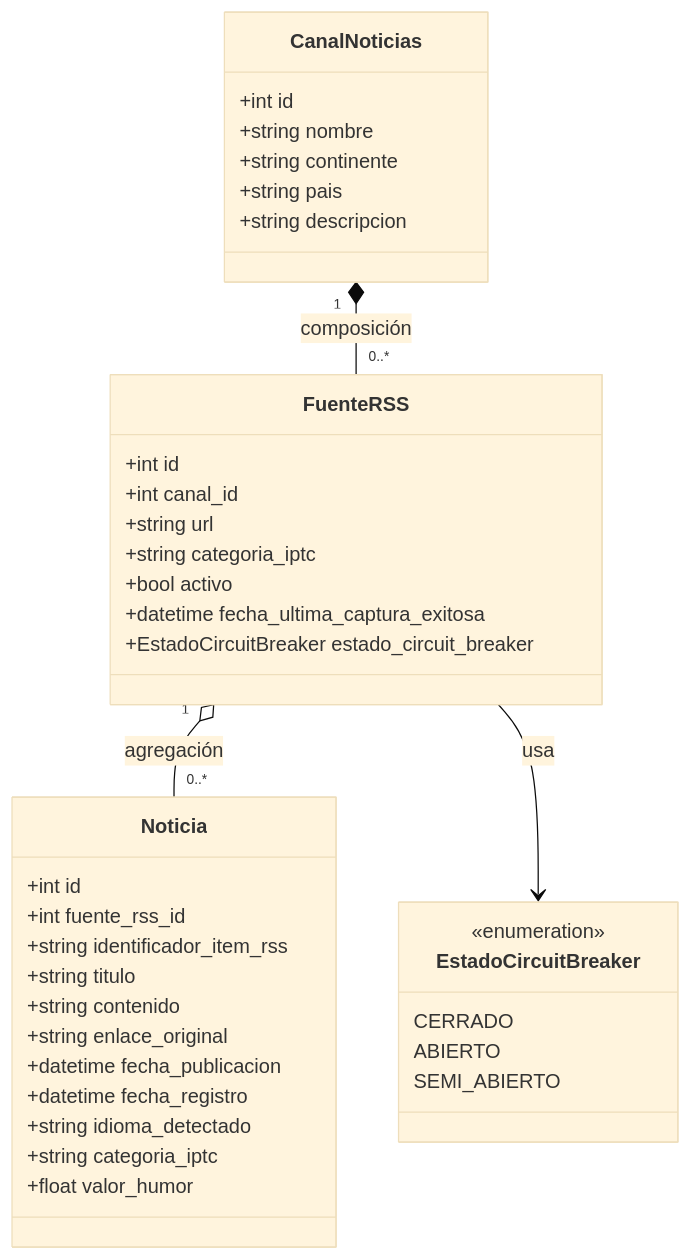
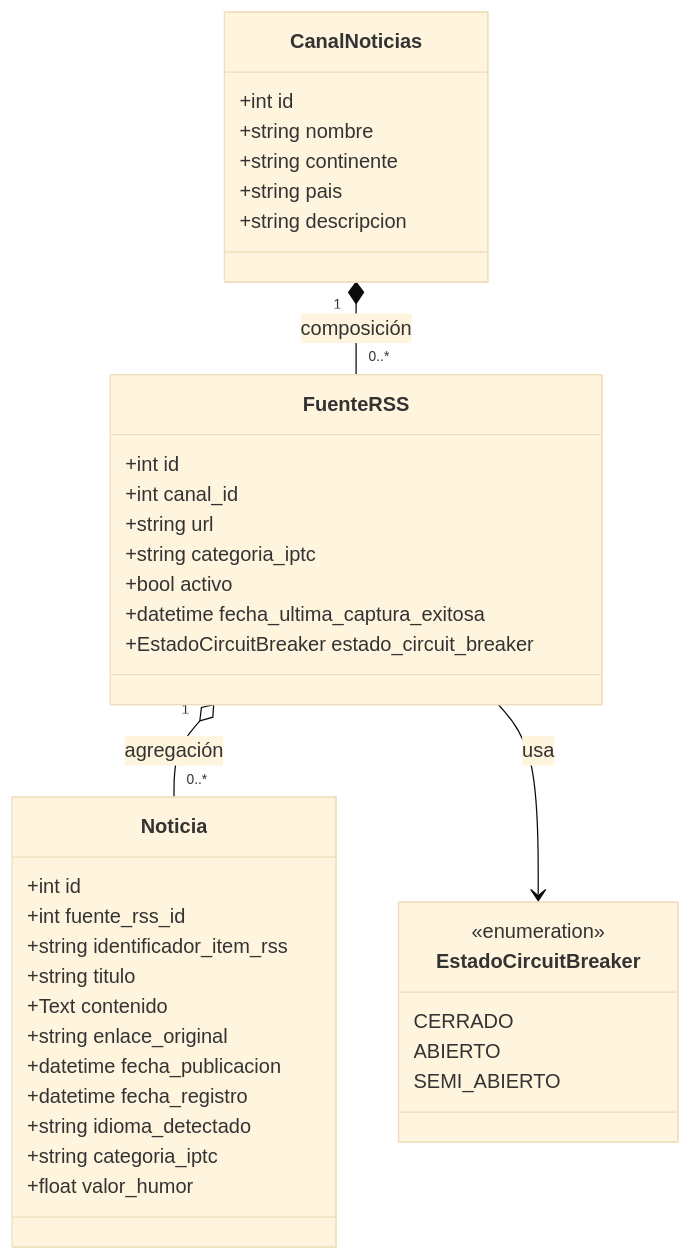
Before and after one commit to Lin0u/Equipo3-Humworld: the diagram in docs/UML/diagrama-clases.md, drawn with Mermaid (base theme). The commit also changed other lines of this file and 2 other files, not shown here.

Commit message:
uml detalles

````diff
--- a/docs/UML/diagrama-clases.md
+++ b/docs/UML/diagrama-clases.md
@@ -9,45 +9,45 @@
 ```mermaid
 classDiagram
     class CanalNoticias {
         +int id
         +string nombre
         +string continente
         +string pais
         +string descripcion
     }
 
     class FuenteRSS {
         +int id
         +int canal_id
         +string url
         +string categoria_iptc
         +bool activo
         +datetime fecha_ultima_captura_exitosa
         +EstadoCircuitBreaker estado_circuit_breaker
     }
 
     class Noticia {
         +int id
         +int fuente_rss_id
         +string identificador_item_rss
         +string titulo
-        +string contenido
+        +Text contenido
         +string enlace_original
         +datetime fecha_publicacion
         +datetime fecha_registro
         +string idioma_detectado
         +string categoria_iptc
         +float valor_humor
     }
 
     class EstadoCircuitBreaker {
         <<enumeration>>
         CERRADO
         ABIERTO
         SEMI_ABIERTO
     }
 
     CanalNoticias "1" *-- "0..*" FuenteRSS : composición
     FuenteRSS "1" o-- "0..*" Noticia : agregación
     FuenteRSS --> EstadoCircuitBreaker : usa
 ```
````
